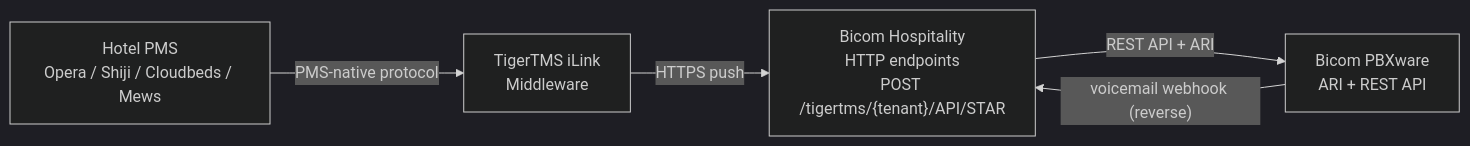
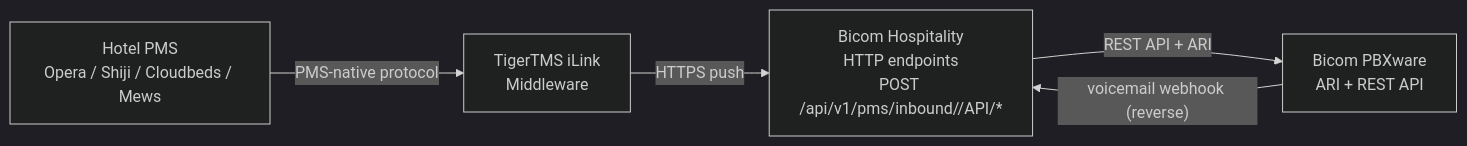
Before and after one commit to sagostin/pbx-hospitality: the diagram in docs/tigertms.md, drawn with Mermaid (dark theme). The commit also changed other lines of this file and 25 other files, not shown here.

````diff
--- a/docs/tigertms.md
+++ b/docs/tigertms.md
@@ -35,12 +53,12 @@
 ```mermaid
 flowchart LR
     PMS["Hotel PMS<br/>Opera / Shiji / Cloudbeds / Mews"]
     ILink["TigerTMS iLink<br/>Middleware"]
-    Service["Bicom Hospitality<br/>HTTP endpoints<br/>POST /tigertms/{tenant}/API/STAR"]
+    Service["Bicom Hospitality<br/>HTTP endpoints<br/>POST /api/v1/pms/inbound/<token>/API/*"]
     PBX["Bicom PBXware<br/>ARI + REST API"]
 
     PMS -- "PMS-native protocol" --> ILink
     ILink -- "HTTPS push" --> Service
     Service -- "REST API + ARI" --> PBX
     PBX -- "voicemail webhook (reverse)" --> Service
 ```
````
